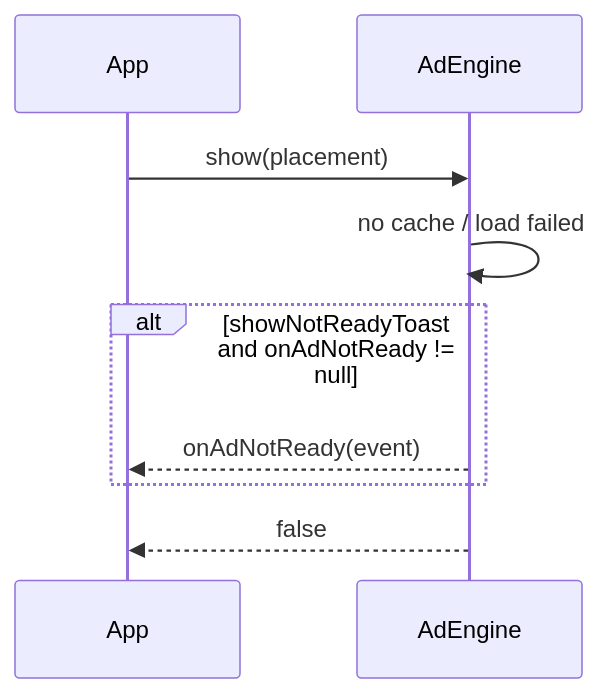
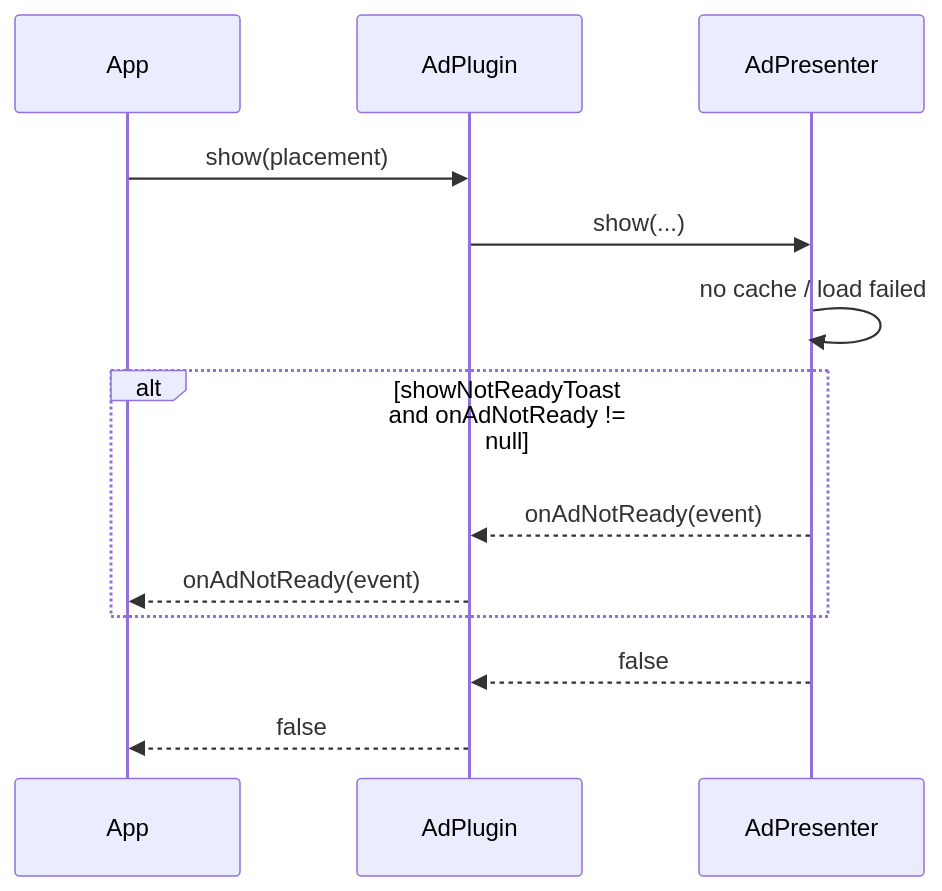
The eighth of 8 diagrams in README.md (yanmingLiu/flutter_ad_plugin), drawn with Mermaid before and after one commit. The commit also changed other lines of this file and 31 other files, not shown here.

````diff
--- a/README.md
+++ b/README.md
@@ -736,12 +819,16 @@
 ```mermaid
 sequenceDiagram
   participant App
-  participant Engine as AdEngine
+  participant Plugin as AdPlugin
+  participant Presenter as AdPresenter
 
-  App->>Engine: show(placement)
-  Engine->>Engine: no cache / load failed
+  App->>Plugin: show(placement)
+  Plugin->>Presenter: show(...)
+  Presenter->>Presenter: no cache / load failed
   alt showNotReadyToast and onAdNotReady != null
-    Engine-->>App: onAdNotReady(event)
+    Presenter-->>Plugin: onAdNotReady(event)
+    Plugin-->>App: onAdNotReady(event)
   end
-  Engine-->>App: false
+  Presenter-->>Plugin: false
+  Plugin-->>App: false
 ```
````
